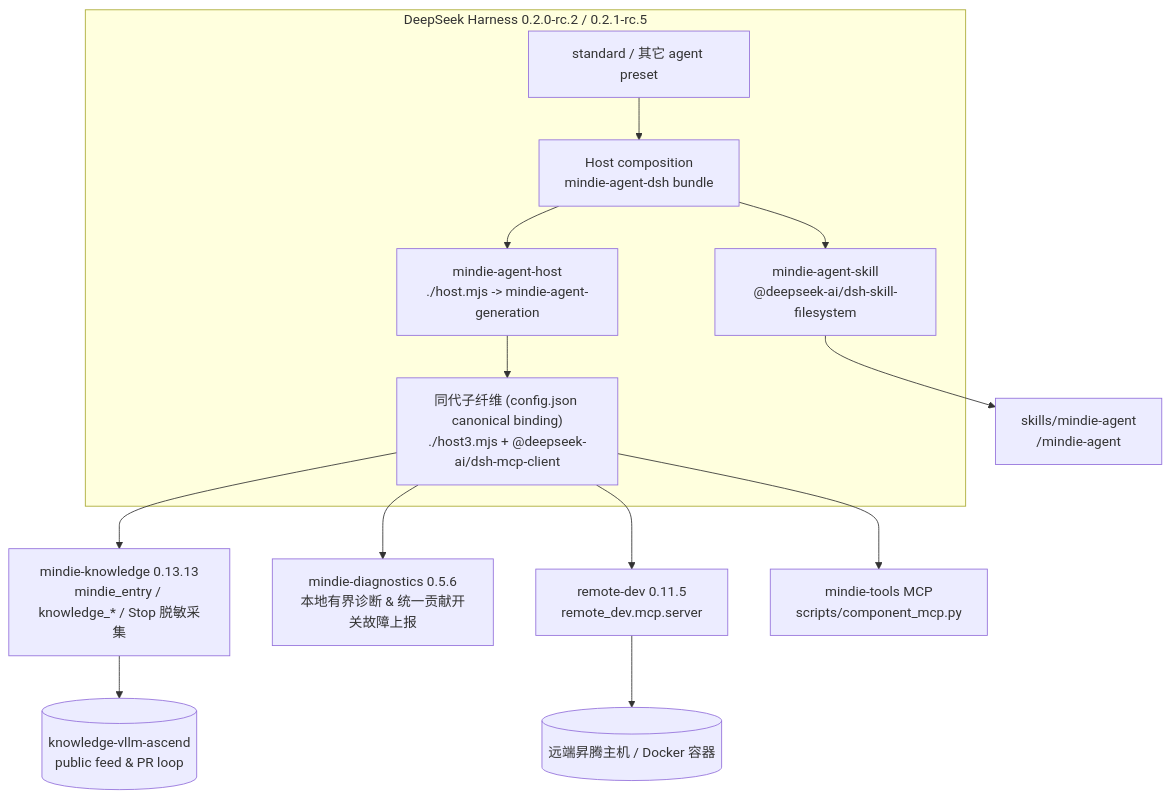
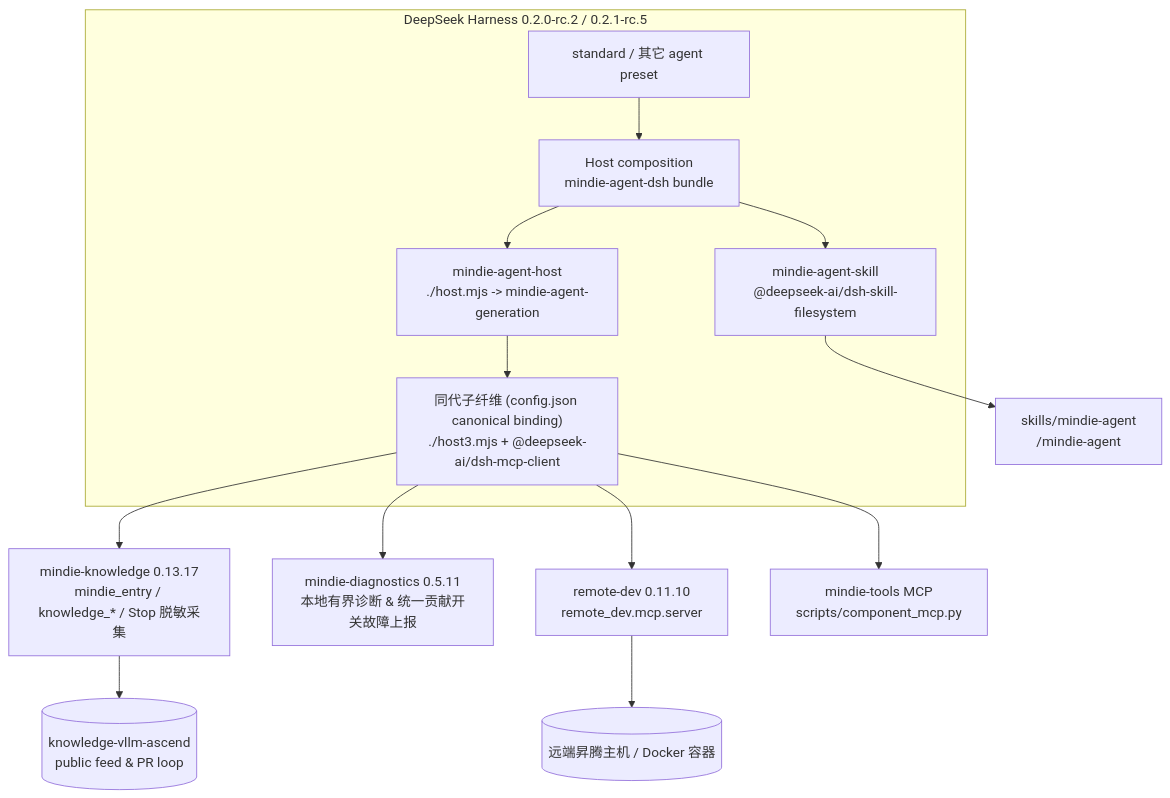
One commit to mindie-agent/mindie-agent-dsh changed the diagram in README.md. Above: the diagram before and after it, drawn with Mermaid. The commit also changed other lines of this file and 50 other files, not shown here.

````diff
--- a/README.md
+++ b/README.md
@@ -156,21 +169,21 @@
 ```mermaid
 flowchart TB
   subgraph DSH["DeepSeek Harness 0.2.0-rc.2 / 0.2.1-rc.5"]
     HOST["Host composition<br/>mindie-agent-dsh bundle"]
     STD["standard / 其它 agent preset"]
     SKILL["mindie-agent-skill<br/>@deepseek-ai/dsh-skill-filesystem"]
     HPLUG["mindie-agent-host<br/>./host.mjs -> mindie-agent-generation"]
     GEN["同代子纤维 (config.json canonical binding)<br/>./host3.mjs + @deepseek-ai/dsh-mcp-client"]
     STD --> HOST
     HOST --> SKILL
     HOST --> HPLUG
     HPLUG --> GEN
   end
   SKILL --> SK["skills/mindie-agent<br/>/mindie-agent"]
-  GEN --> KS["mindie-knowledge 0.13.13<br/>mindie_entry / knowledge_* / Stop 脱敏采集"]
-  GEN --> DIAG["mindie-diagnostics 0.5.6<br/>本地有界诊断 & 统一贡献开关故障上报"]
+  GEN --> KS["mindie-knowledge 0.13.17<br/>mindie_entry / knowledge_* / Stop 脱敏采集"]
+  GEN --> DIAG["mindie-diagnostics 0.5.11<br/>本地有界诊断 & 统一贡献开关故障上报"]
   KS --> FEED[("knowledge-vllm-ascend<br/>public feed & PR loop")]
-  GEN --> RD["remote-dev 0.11.5<br/>remote_dev.mcp.server"]
+  GEN --> RD["remote-dev 0.11.10<br/>remote_dev.mcp.server"]
   GEN --> MT["mindie-tools MCP<br/>scripts/component_mcp.py"]
   RD --> NPU[("远端昇腾主机 / Docker 容器")]
 ```
````
